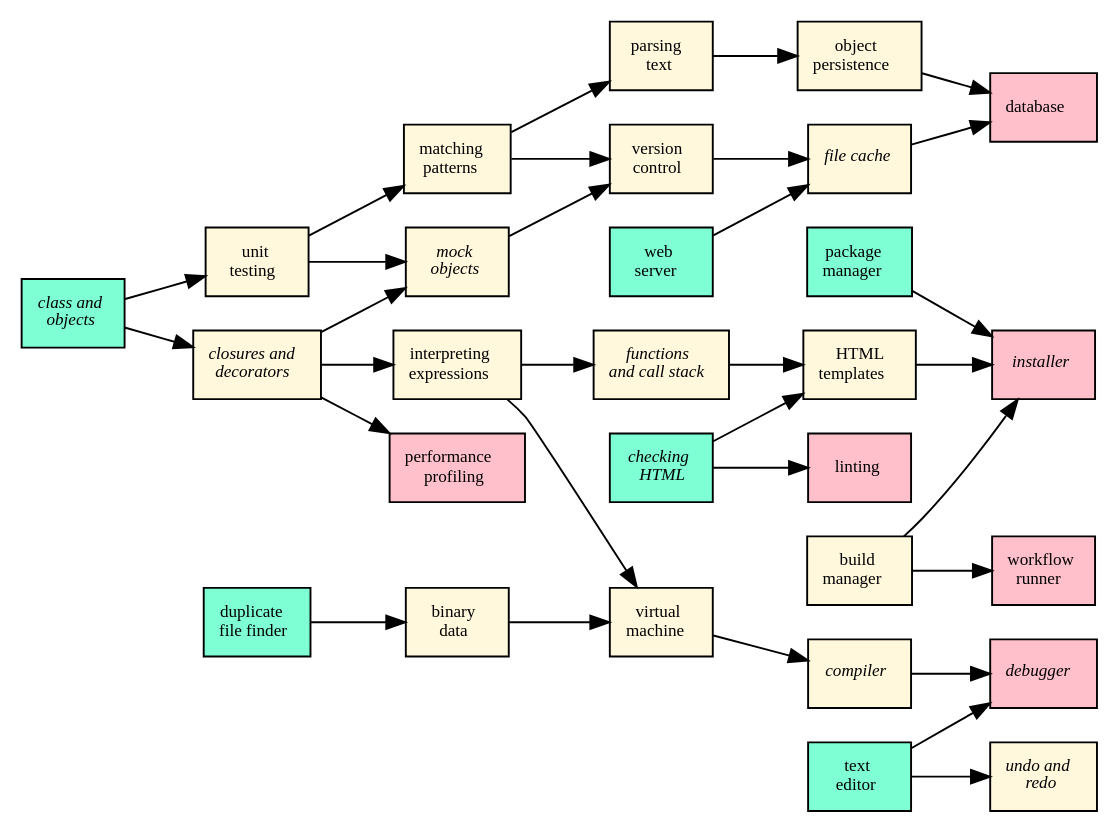
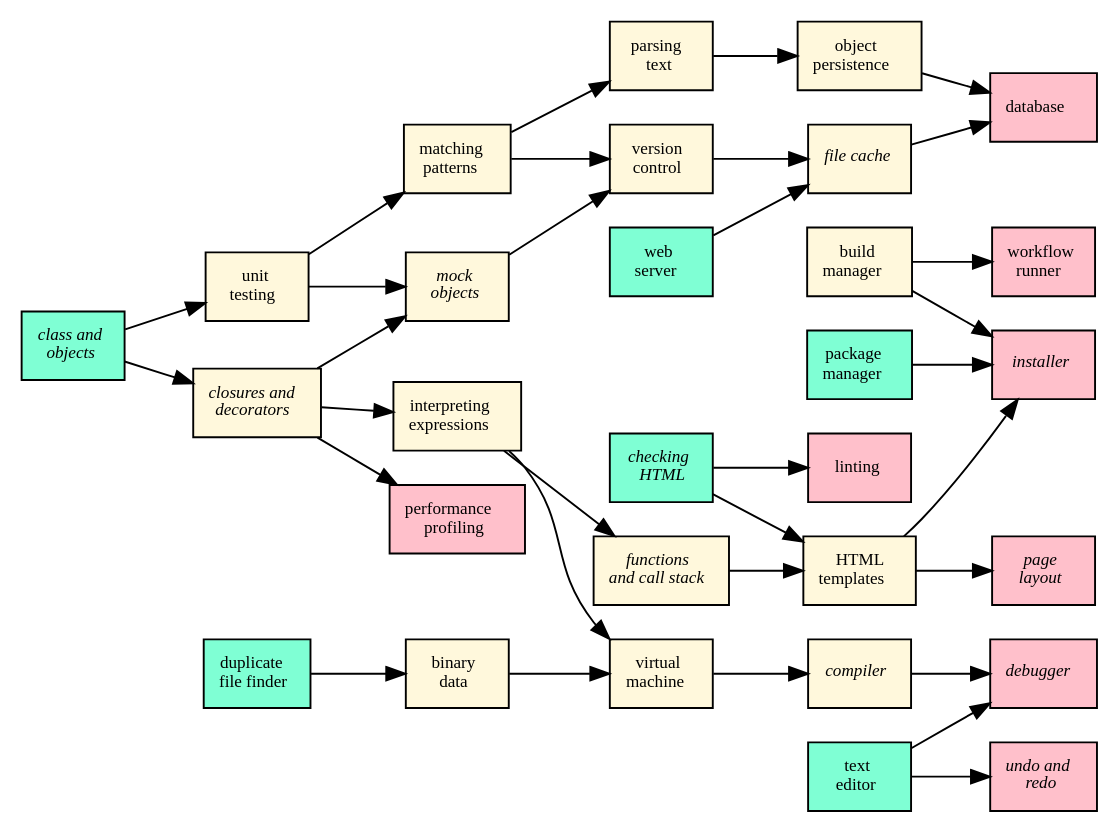
The diagram in src/intro/syllabus.dot (gvwilson/sdxpy), drawn with Graphviz before and after one commit. The commit also changed 53 other files, not shown here.

Commit message:
Adding page layout

```diff
--- a/src/intro/syllabus.dot
+++ b/src/intro/syllabus.dot
@@ -1,65 +1,67 @@
 digraph syllabus {
   node [fontname = Verdana, fontsize = 9, shape = box, style = filled];
   rankdir = RL;
   edge [dir = "back"];
 
   archive [label = <version<br/>control>, fillcolor = cornsilk];
   binary [label = <binary<br/>data>, fillcolor = cornsilk];
   build [label = <build<br/>manager>, fillcolor = cornsilk];
   cache [label = <<i>file cache</i>>, fillcolor = cornsilk];
   check [label = <<i>checking<br/>HTML</i>>, fillcolor = aquamarine];
   compiler [label = <<i>compiler</i>>, fillcolor = cornsilk];
   debug [label = <<i>debugger</i>>, fillcolor = pink];
   db [label = <database>, fillcolor = pink];
   dup [label = <duplicate<br/>file finder>, fillcolor = aquamarine];
   editor [label = <text<br/>editor>, fillcolor = aquamarine];
   flow [label = <workflow<br/>runner>, fillcolor = pink];
   func [label = <<i>functions<br/>and call stack</i>>, fillcolor = cornsilk];
   glob [label = <matching<br/>patterns>, fillcolor = cornsilk];
   install [label = <<i>installer</i>>, fillcolor = pink];
   interp [label = <interpreting<br/>expressions>, fillcolor = cornsilk];
+  layout [label = <<i>page<br/>layout</i>>, fillcolor = pink];
   lint [label = <linting>, fillcolor = pink];
   meta [label = <<i>closures and<br/>decorators</i>>, fillcolor = cornsilk];
   mock [label = <<i>mock<br/>objects</i>>, fillcolor = cornsilk];
   oop [label = <<i>class and<br/>objects</i>>, fillcolor = aquamarine];
   pack [label = <package<br/>manager>, fillcolor = aquamarine];
   parse [label = <parsing<br/>text>, fillcolor = cornsilk];
   perf [label = <performance<br/>profiling>, fillcolor = pink];
   persist [label = <object<br/>persistence>, fillcolor = cornsilk];
   server [label = <web<br/>server>, fillcolor = aquamarine];
   template [label = <HTML<br/>templates>, fillcolor = cornsilk];
   test [label = <unit<br/>testing>, fillcolor = cornsilk];
-  undo [label = <<i>undo and<br/>redo</i>>, fillcolor = cornsilk];
+  undo [label = <<i>undo and<br/>redo</i>>, fillcolor = pink];
   vm [label = <virtual<br/>machine>, fillcolor = cornsilk];
 
   archive -> {mock, glob};
   binary -> {dup};
   cache -> {archive, server};
   compiler -> {vm};
   db -> {cache, persist};
   debug -> {compiler, editor};
   flow -> {build};
   func -> {interp};
   glob -> {test};
   install -> {build, pack, template};
   interp -> {meta};
+  layout -> {template};
   lint -> {check};
   meta -> {oop};
   mock -> {meta, test};
   parse -> {glob};
   perf -> {meta};
   persist -> {parse};
   template -> {check, func};
   test -> {oop};
   undo -> {editor};
   vm -> {binary, interp};
 
   /*
   subgraph cluster_legend {
     source [label = "source", fillcolor = aquamarine];
     flow [label = "flow", fillcolor = cornsilk];
     sink [label = "sink", fillcolor = pink];
     sink -> flow -> source;
   }
   */
 }
```
